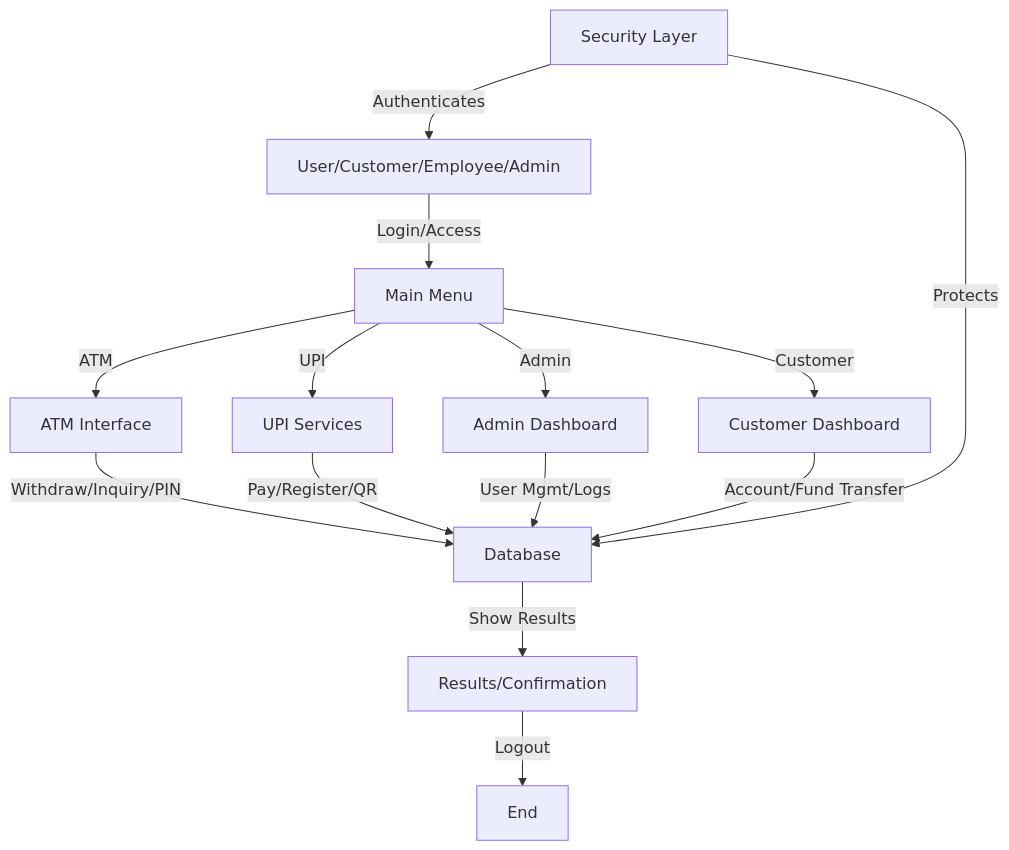
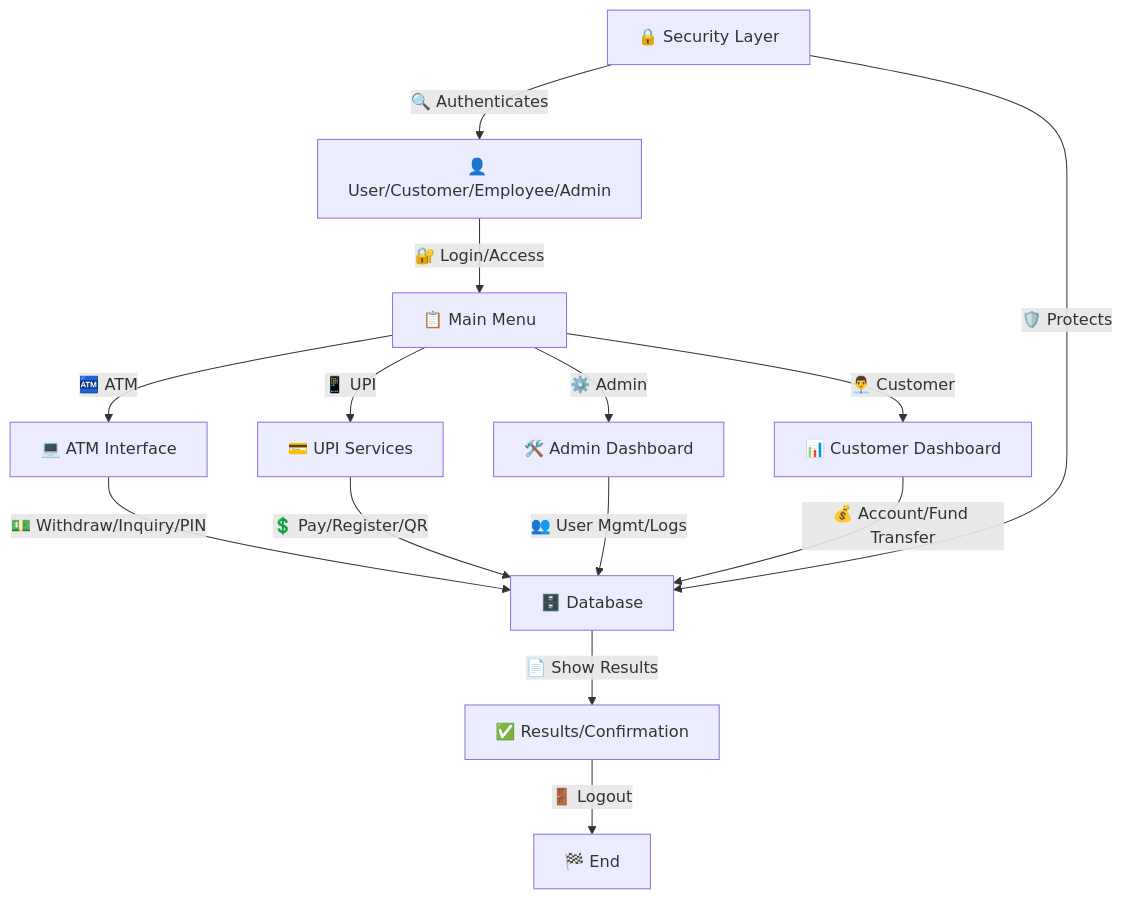
The second of 2 diagrams in README.md (Soumya-r-Sahu/CBS_PYTHON), drawn with Mermaid before and after one commit. The commit also changed other lines of this file and 631 other files, not shown here.

````diff
--- a/README.md
+++ b/README.md
@@ -191,16 +257,16 @@
 ```mermaid
 flowchart TD
-    A[User/Customer/Employee/Admin] -->|Login/Access| B[Main Menu]
-    B -->|ATM| C[ATM Interface]
-    B -->|UPI| D[UPI Services]
-    B -->|Admin| E[Admin Dashboard]
-    B -->|Customer| F[Customer Dashboard]
-    C -->|Withdraw/Inquiry/PIN| G[Database]
-    D -->|Pay/Register/QR| G
-    E -->|User Mgmt/Logs| G
-    F -->|Account/Fund Transfer| G
-    G -->|Show Results| H[Results/Confirmation]
-    H -->|Logout| I[End]
-    S[Security Layer] -->|Protects| G
-    S -->|Authenticates| A
+    A[👤 User/Customer/Employee/Admin] -->|🔐 Login/Access| B[📋 Main Menu]
+    B -->|🏧 ATM| C[💻 ATM Interface]
+    B -->|📱 UPI| D[💳 UPI Services]
+    B -->|⚙️ Admin| E[🛠️ Admin Dashboard]
+    B -->|👨‍💼 Customer| F[📊 Customer Dashboard]
+    C -->|💵 Withdraw/Inquiry/PIN| G[🗄️ Database]
+    D -->|💲 Pay/Register/QR| G
+    E -->|👥 User Mgmt/Logs| G
+    F -->|💰 Account/Fund Transfer| G
+    G -->|📄 Show Results| H[✅ Results/Confirmation]
+    H -->|🚪 Logout| I[🏁 End]
+    S[🔒 Security Layer] -->|🛡️ Protects| G
+    S -->|🔍 Authenticates| A
 ```
````
